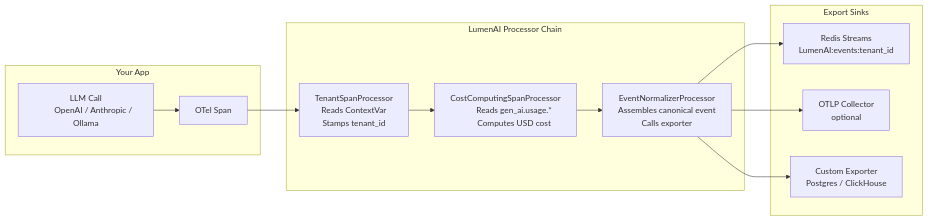
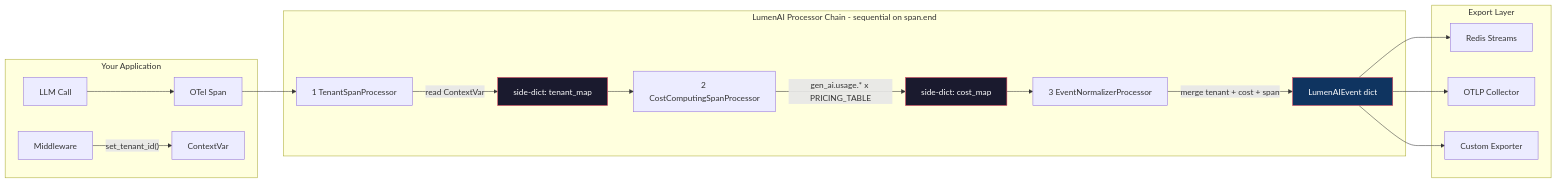
Before and after one commit to skarL007/-lumen-ai-sdk: the first of 5 diagrams in packages/lumen-ai-celery/README.md, drawn with Mermaid. The commit also changed other lines of this file and 3 other files, not shown here.

Commit message:
docs: update README — PyPI live, technical diagrams, fix outdated sections

````diff
--- a/packages/lumen-ai-celery/README.md
+++ b/packages/lumen-ai-celery/README.md
@@ -88,28 +88,27 @@
 ```mermaid
 graph LR
-    subgraph "Your App"
-        A["LLM Call
-        OpenAI / Anthropic / Ollama"] --> B[OTel Span]
+    subgraph APP["Your Application"]
+        A["LLM Call"] --> B["OTel Span"]
+        MW["Middleware"] -->|"set_tenant_id()"| CV["ContextVar"]
     end
 
-    subgraph "LumenAI Processor Chain"
-        B --> C["TenantSpanProcessor
-        Reads ContextVar
-        Stamps tenant_id"]
-        C --> D["CostComputingSpanProcessor
-        Reads gen_ai.usage.*
-        Computes USD cost"]
-        D --> E["EventNormalizerProcessor
-        Assembles canonical event
-        Calls exporter"]
+    subgraph CHAIN["LumenAI Processor Chain - sequential on span.end"]
+        B --> P1
+        P1["1 TenantSpanProcessor"]
+        P1 -->|"read ContextVar"| SD1["side-dict: tenant_map"]
+        SD1 --> P2["2 CostComputingSpanProcessor"]
+        P2 -->|"gen_ai.usage.* x PRICING_TABLE"| SD2["side-dict: cost_map"]
+        SD2 --> P3["3 EventNormalizerProcessor"]
+        P3 -->|"merge tenant + cost + span"| EV["LumenAIEvent dict"]
     end
 
-    subgraph "Export Sinks"
-        E --> F["Redis Streams
-        LumenAI:events:tenant_id"]
-        E --> G["OTLP Collector
-        optional"]
-        E --> H["Custom Exporter
-        Postgres / ClickHouse"]
+    subgraph SINKS["Export Layer"]
+        EV --> R["Redis Streams"]
+        EV --> O["OTLP Collector"]
+        EV --> C["Custom Exporter"]
     end
+
+    style SD1 fill:#1a1a2e,stroke:#e94560,color:#fff
+    style SD2 fill:#1a1a2e,stroke:#e94560,color:#fff
+    style EV fill:#0f3460,stroke:#e94560,color:#fff
 ```
````
